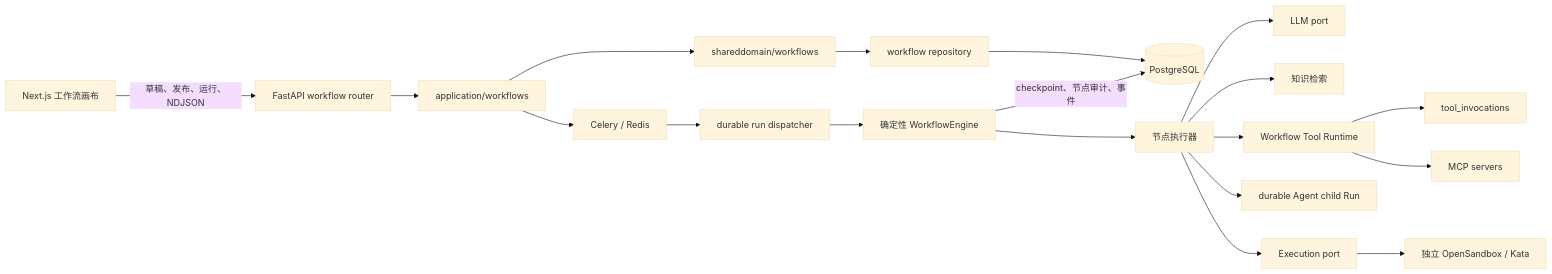
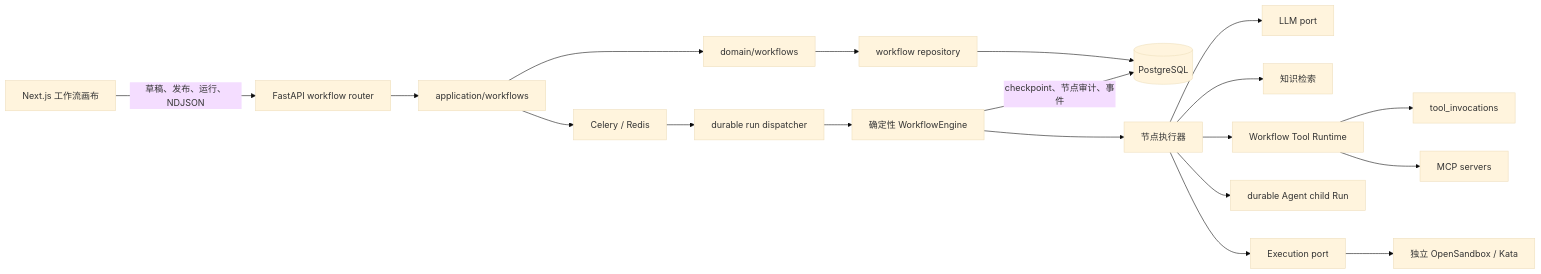
The first of 3 diagrams in docs/WORKFLOW_DESIGN.md (IQZZ020501/NexaFlow), drawn with Mermaid (base theme) before and after one commit. The commit also changed other lines of this file and 18 other files, not shown here.

````diff
--- a/docs/WORKFLOW_DESIGN.md
+++ b/docs/WORKFLOW_DESIGN.md
@@ -37,22 +37,22 @@
 ```mermaid
 flowchart LR
     UI["Next.js 工作流画布"] -->|"草稿、发布、运行、NDJSON"| API["FastAPI workflow router"]
     API --> APP["application/workflows"]
-    APP --> DOMAIN["shareddomain/workflows"]
+    APP --> DOMAIN["domain/workflows"]
     DOMAIN --> REPO["workflow repository"]
     REPO --> PG[("PostgreSQL")]
 
     APP --> QUEUE["Celery / Redis"]
     QUEUE --> DISPATCH["durable run dispatcher"]
     DISPATCH --> ENGINE["确定性 WorkflowEngine"]
     ENGINE --> NODES["节点执行器"]
     NODES --> LLM["LLM port"]
     NODES --> KB["知识检索"]
     NODES --> TOOL["Workflow Tool Runtime"]
     TOOL --> LEDGER["tool_invocations"]
     TOOL --> MCP["MCP servers"]
     NODES --> CHILD["durable Agent child Run"]
     NODES --> EXECUTION["Execution port"]
     EXECUTION --> SANDBOX["独立 OpenSandbox / Kata"]
     ENGINE -->|"checkpoint、节点审计、事件"| PG
 ```
````
